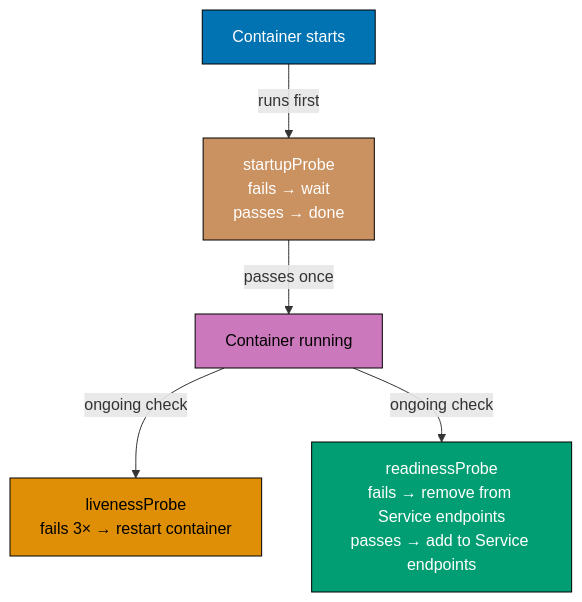
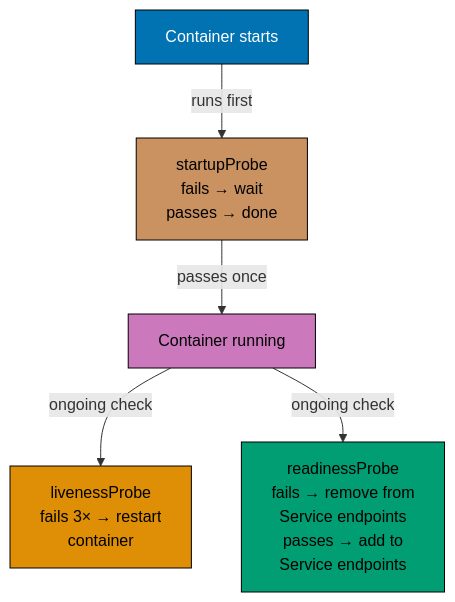
One commit to wahidyankf/ose-public changed the eighth of 9 diagrams in apps/ayokoding-www/content/en/learn/legacy/software-engineering/infrastructure/tools/k3s/by-example/beginner.md. Above: the diagram before and after it, drawn with Mermaid. The commit also changed other lines of this file and 131 other files, not shown here.

First line of the commit message:
fix(mermaid): bring the legacy data, infrastructure, and testing diagrams onto the accessible palette

````diff
--- a/apps/ayokoding-www/content/en/learn/legacy/software-engineering/infrastructure/tools/k3s/by-example/beginner.md
+++ b/apps/ayokoding-www/content/en/learn/legacy/software-engineering/infrastructure/tools/k3s/by-example/beginner.md
@@ -1388,20 +1437,28 @@
 ```mermaid
 %% Color Palette: Blue #0173B2, Orange #DE8F05, Teal #029E73, Purple #CC78BC, Brown #CA9161
 graph TD
+    accTitle: Example 22: Health Checks — Liveness, Readiness, and Startup Probes
+    accDescr: Graph with 5 nodes and 4 connections. Nodes: Container starts, startupProbe fails → wait passes → done, livenessProbe fails 3× → restart container, readinessProbe fails → remove from Service endpoints passes → add to Service endpoints, Container running. Connections: Container starts to startupProbe fails → wait passes → done (runs first), startupProbe fails → wait passes → done to Container running (passes once), Container running to livenessProbe fails 3× → restart container (ongoing check), Container running to readinessProbe fails → remove from Service endpoints passes → add to Service endpoints (ongoing check).
     START["Container starts"]
     SP["startupProbe<br/>fails → wait<br/>passes → done"]
-    LP["livenessProbe<br/>fails 3× → restart container"]
-    RP["readinessProbe<br/>fails → remove from Service endpoints<br/>passes → add to Service endpoints"]
+    LP["livenessProbe<br/>fails 3× → restart<br/>container"]
+    RP["readinessProbe<br/>fails → remove from<br/>Service endpoints<br/>passes → add to<br/>Service endpoints"]
     RUN["Container running"]
 
     START -->|runs first| SP
     SP -->|passes once| RUN
     RUN -->|ongoing check| LP
     RUN -->|ongoing check| RP
 
-    style START fill:#0173B2,stroke:#000,color:#fff
-    style SP fill:#CA9161,stroke:#000,color:#fff
-    style LP fill:#DE8F05,stroke:#000,color:#000
-    style RP fill:#029E73,stroke:#000,color:#fff
-    style RUN fill:#CC78BC,stroke:#000,color:#000
+    classDef pal-0173B2 fill:#0173B2,stroke:#000000,color:#FFFFFF
+    class START pal-0173B2
+    classDef pal-CA9161 fill:#CA9161,stroke:#000000,color:#000000
+    class SP pal-CA9161
+    classDef pal-DE8F05 fill:#DE8F05,stroke:#000000,color:#000000
+    class LP pal-DE8F05
+    classDef pal-029E73 fill:#029E73,stroke:#000000,color:#000000
+    class RP pal-029E73
+    classDef pal-CC78BC fill:#CC78BC,stroke:#000000,color:#000000
+    class RUN pal-CC78BC
+    classDef default fill:#FFFFFF,stroke:#000000,color:#000000
 ```
````
